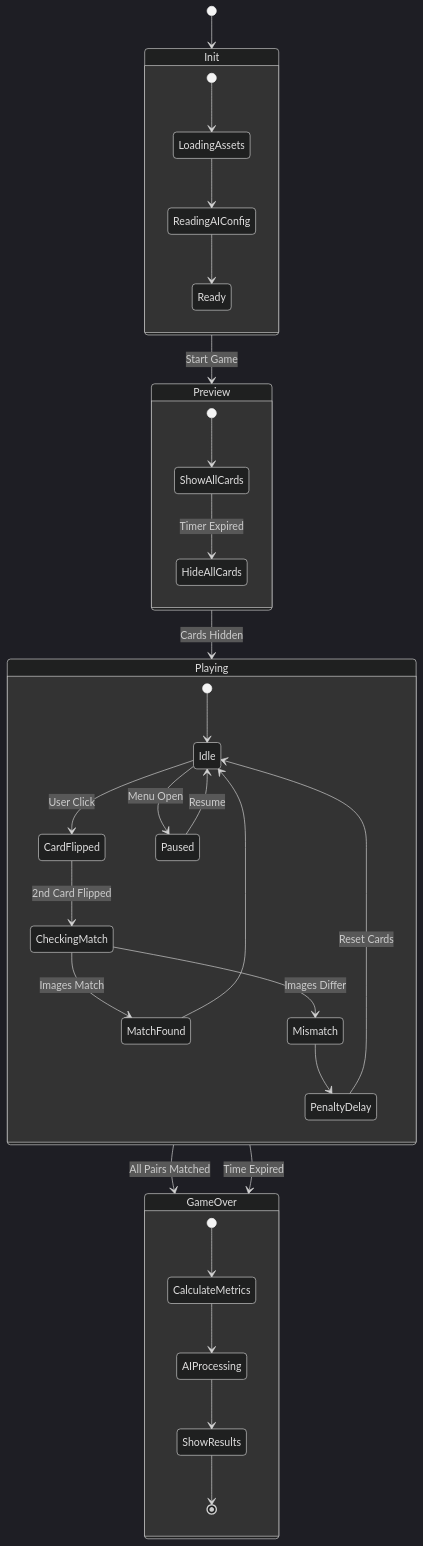
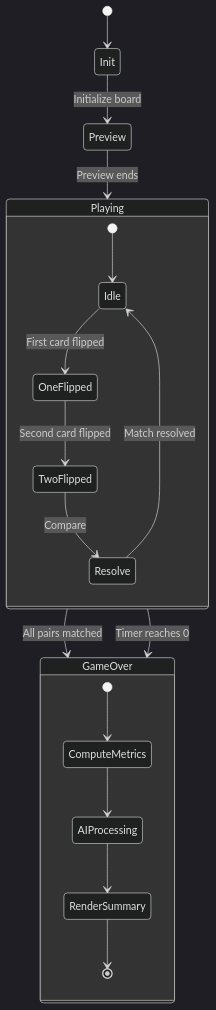
Before and after one commit to DDMYmia/Memory-Game-He-Maumahara: the fifth of 7 diagrams in docs/SYSTEM_DIAGRAMS.md, drawn with Mermaid (dark theme). The commit also changed other lines of this file and 17 other files, not shown here.

````diff
--- a/docs/SYSTEM_DIAGRAMS.md
+++ b/docs/SYSTEM_DIAGRAMS.md
@@ -145,45 +177,25 @@
 ```mermaid
 stateDiagram-v2
     [*] --> Init
-  
-    state Init {
-        [*] --> LoadingAssets
-        LoadingAssets --> ReadingAIConfig
-        ReadingAIConfig --> Ready
+
+    Init --> Preview : Initialize board
+    Preview --> Playing : Preview ends
+
+    state Playing {
+        [*] --> Idle
+        Idle --> OneFlipped : First card flipped
+        OneFlipped --> TwoFlipped : Second card flipped
+        TwoFlipped --> Resolve : Compare
+        Resolve --> Idle : Match resolved
     }
 
-    Init --> Preview : Start Game
-  
-    state Preview {
-        [*] --> ShowAllCards
-        ShowAllCards --> HideAllCards : Timer Expired
-    }
-  
-    Preview --> Playing : Cards Hidden
-  
-    state Playing {
-        [*] --> Idle
-        Idle --> CardFlipped : User Click
-        CardFlipped --> CheckingMatch : 2nd Card Flipped
-      
-        CheckingMatch --> MatchFound : Images Match
-        CheckingMatch --> Mismatch : Images Differ
-      
-        MatchFound --> Idle
-        Mismatch --> PenaltyDelay
-        PenaltyDelay --> Idle : Reset Cards
-      
-        Idle --> Paused : Menu Open
-        Paused --> Idle : Resume
-    }
-  
-    Playing --> GameOver : All Pairs Matched
-    Playing --> GameOver : Time Expired
-  
+    Playing --> GameOver : All pairs matched
+    Playing --> GameOver : Timer reaches 0
+
     state GameOver {
-        [*] --> CalculateMetrics
-        CalculateMetrics --> AIProcessing
-        AIProcessing --> ShowResults
-        ShowResults --> [*]
+        [*] --> ComputeMetrics
+        ComputeMetrics --> AIProcessing
+        AIProcessing --> RenderSummary
+        RenderSummary --> [*]
     }
 ```
````
